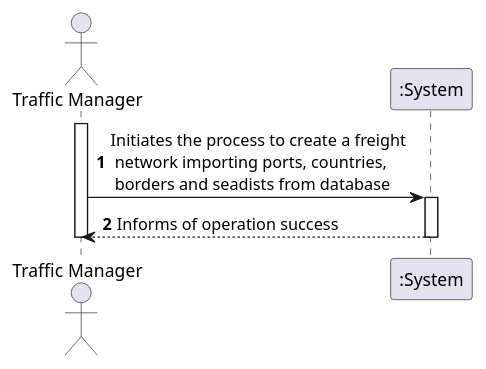
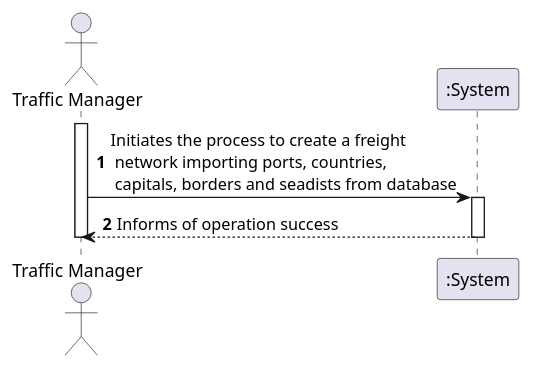
The diagram in docs/US301/US301_SSD.puml (0franciscor/lapr3-2021-g042), drawn with PlantUML before and after one commit. The commit also changed 3 other files, not shown here.

```diff
--- a/docs/US301/US301_SSD.puml
+++ b/docs/US301/US301_SSD.puml
@@ -1,17 +1,17 @@
 @startuml
 'https://plantuml.com/sequence-diagram
 
 autonumber
 actor "Traffic Manager" as TM
 
 
 activate TM
-TM -> ":System" : Initiates the process to create a freight \n network importing ports, countries,\n borders and seadists from database
+TM -> ":System" : Initiates the process to create a freight \n network importing ports, countries,\n capitals, borders and seadists from database
 activate ":System"
 
 ":System" --> TM : Informs of operation success
 deactivate ":System"
 
 deactivate TM
 
 @enduml
```
